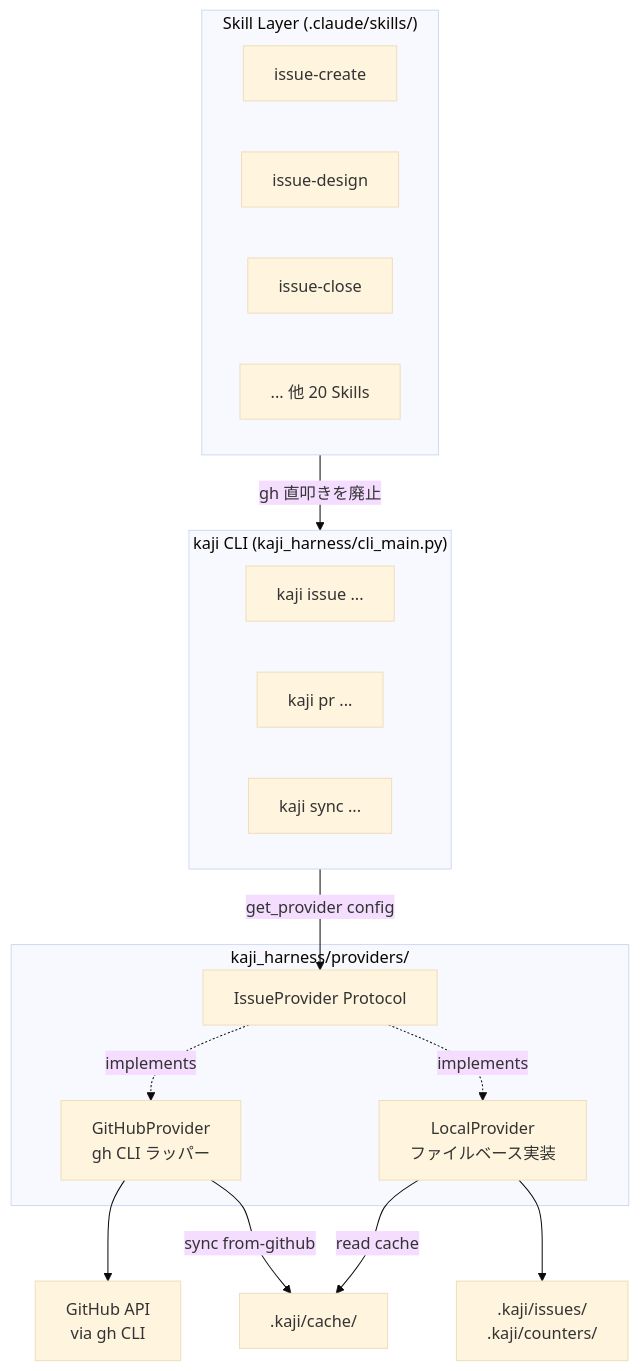
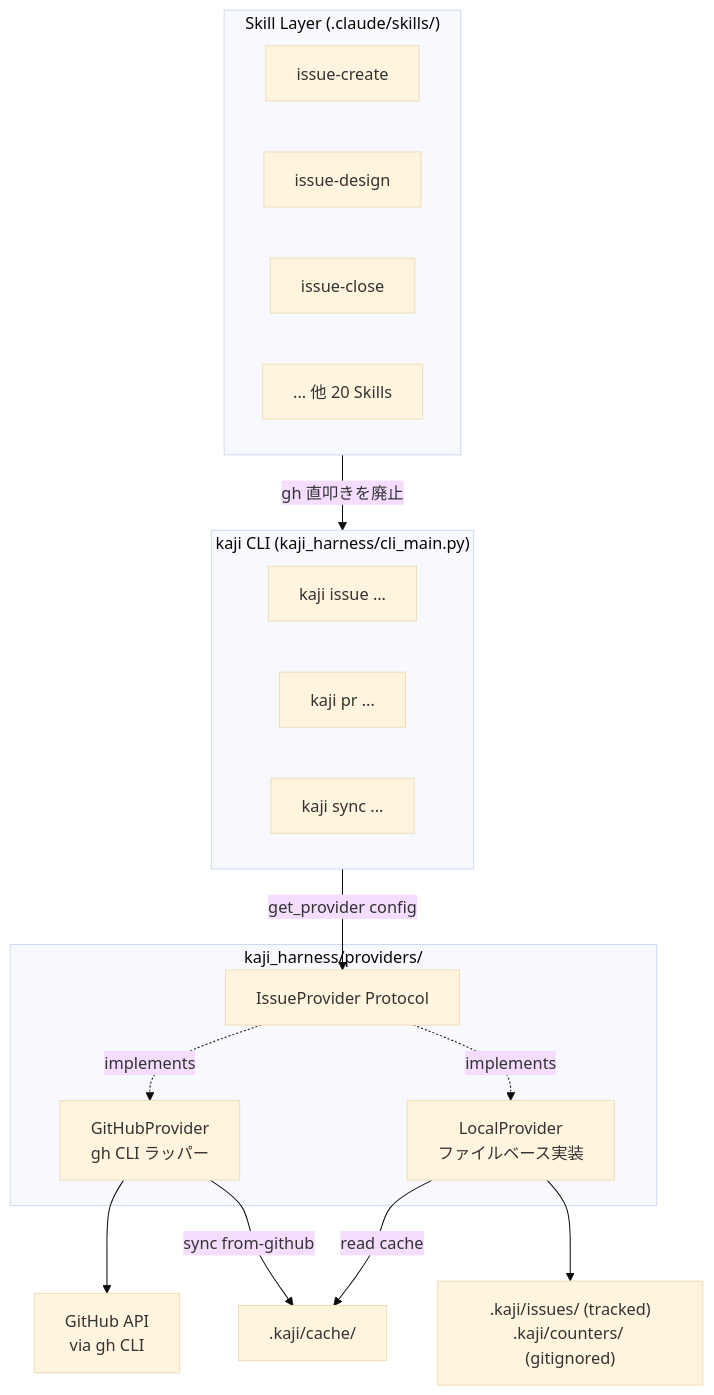
One commit to apokamo/kaji changed the first of 4 diagrams in draft/design/local-mode/design.md. Above: the diagram before and after it, drawn with Mermaid (base theme). The commit also changed other lines of this file, not shown here.

````diff
--- a/draft/design/local-mode/design.md
+++ b/draft/design/local-mode/design.md
@@ -567,31 +567,31 @@
 ```mermaid
 flowchart TB
     subgraph SkillLayer["Skill Layer (.claude/skills/)"]
         S1[issue-create]
         S2[issue-design]
         S3[issue-close]
         Sn[... 他 20 Skills]
     end
     subgraph CLI["kaji CLI (kaji_harness/cli_main.py)"]
         IC[kaji issue ...]
         PC[kaji pr ...]
         SC[kaji sync ...]
     end
     subgraph Providers["kaji_harness/providers/"]
         Base[IssueProvider Protocol]
         GH[GitHubProvider\ngh CLI ラッパー]
         LO[LocalProvider\nファイルベース実装]
     end
-    Storage1[".kaji/issues/\n.kaji/counters/"]
+    Storage1[".kaji/issues/ (tracked)\n.kaji/counters/ (gitignored)"]
     Storage2[".kaji/cache/"]
     GHAPI[GitHub API\nvia gh CLI]
 
     SkillLayer -->|gh 直叩きを廃止| CLI
     CLI -->|get_provider config| Base
     Base -.->|implements| GH
     Base -.->|implements| LO
     GH --> GHAPI
     GH -->|sync from-github| Storage2
     LO --> Storage1
     LO -->|read cache| Storage2
 ```
````
